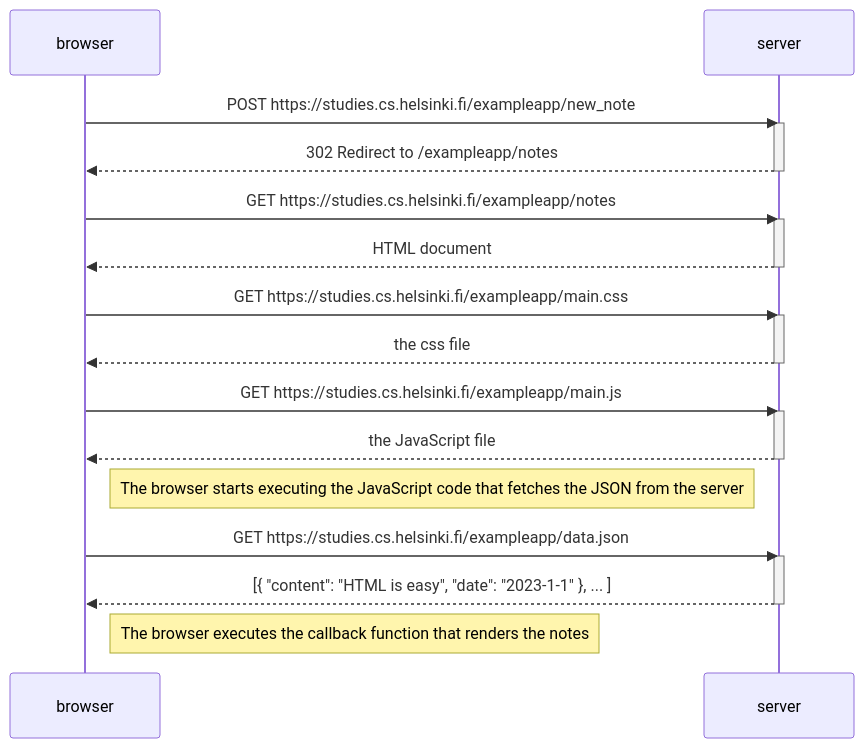
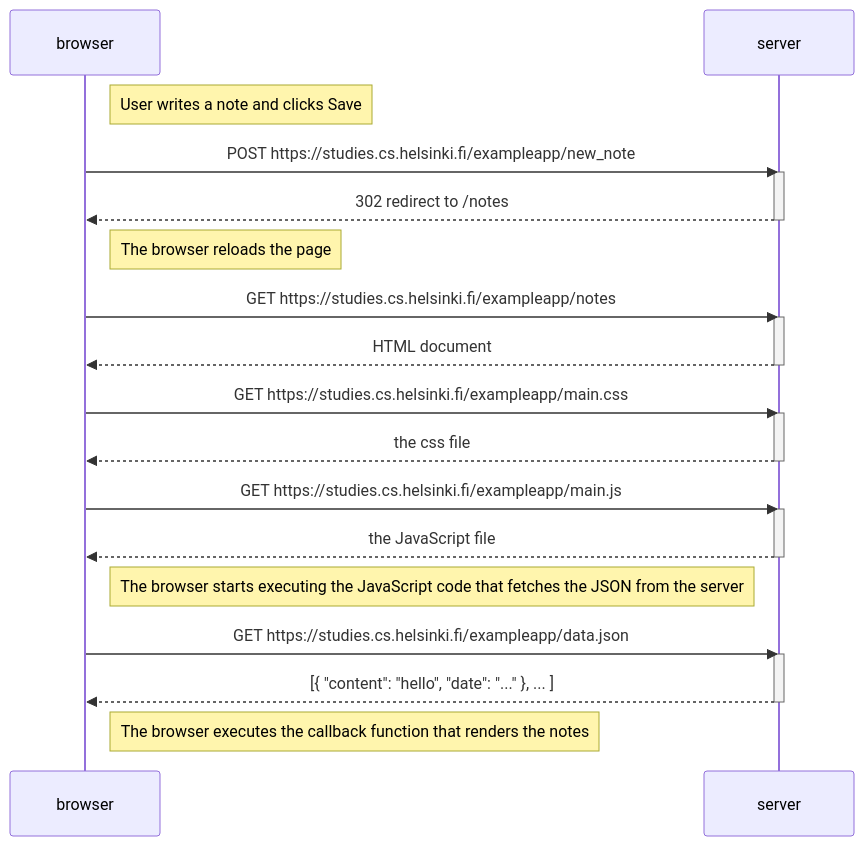
One commit to robertrivera863/Full-Stack-Course-University-of-Helsinki- changed the diagram in part0/0.4-new-note-diagram.md. Above: the diagram before and after it, drawn with Mermaid. The commit also changed other lines of this file and 1 other file, not shown here.

Commit message:
Update part0 diagrams with final exercise answers

````diff
--- a/part0/0.4-new-note-diagram.md
+++ b/part0/0.4-new-note-diagram.md
@@ -10,34 +11,37 @@
 ```mermaid
 sequenceDiagram
     participant browser
     participant server
 
+    Note right of browser: User writes a note and clicks Save
     browser->>server: POST https://studies.cs.helsinki.fi/exampleapp/new_note
     activate server
-    server-->>browser: 302 Redirect to /exampleapp/notes
+    server-->>browser: 302 redirect to /notes
     deactivate server
+
+    Note right of browser: The browser reloads the page
 
     browser->>server: GET https://studies.cs.helsinki.fi/exampleapp/notes
     activate server
     server-->>browser: HTML document
     deactivate server
 
     browser->>server: GET https://studies.cs.helsinki.fi/exampleapp/main.css
     activate server
     server-->>browser: the css file
     deactivate server
 
     browser->>server: GET https://studies.cs.helsinki.fi/exampleapp/main.js
     activate server
     server-->>browser: the JavaScript file
     deactivate server
 
     Note right of browser: The browser starts executing the JavaScript code that fetches the JSON from the server
 
     browser->>server: GET https://studies.cs.helsinki.fi/exampleapp/data.json
     activate server
-    server-->>browser: [{ "content": "HTML is easy", "date": "2023-1-1" }, ... ]
+    server-->>browser: [{ "content": "hello", "date": "..." }, ... ]
     deactivate server
 
     Note right of browser: The browser executes the callback function that renders the notes
 ```
````
